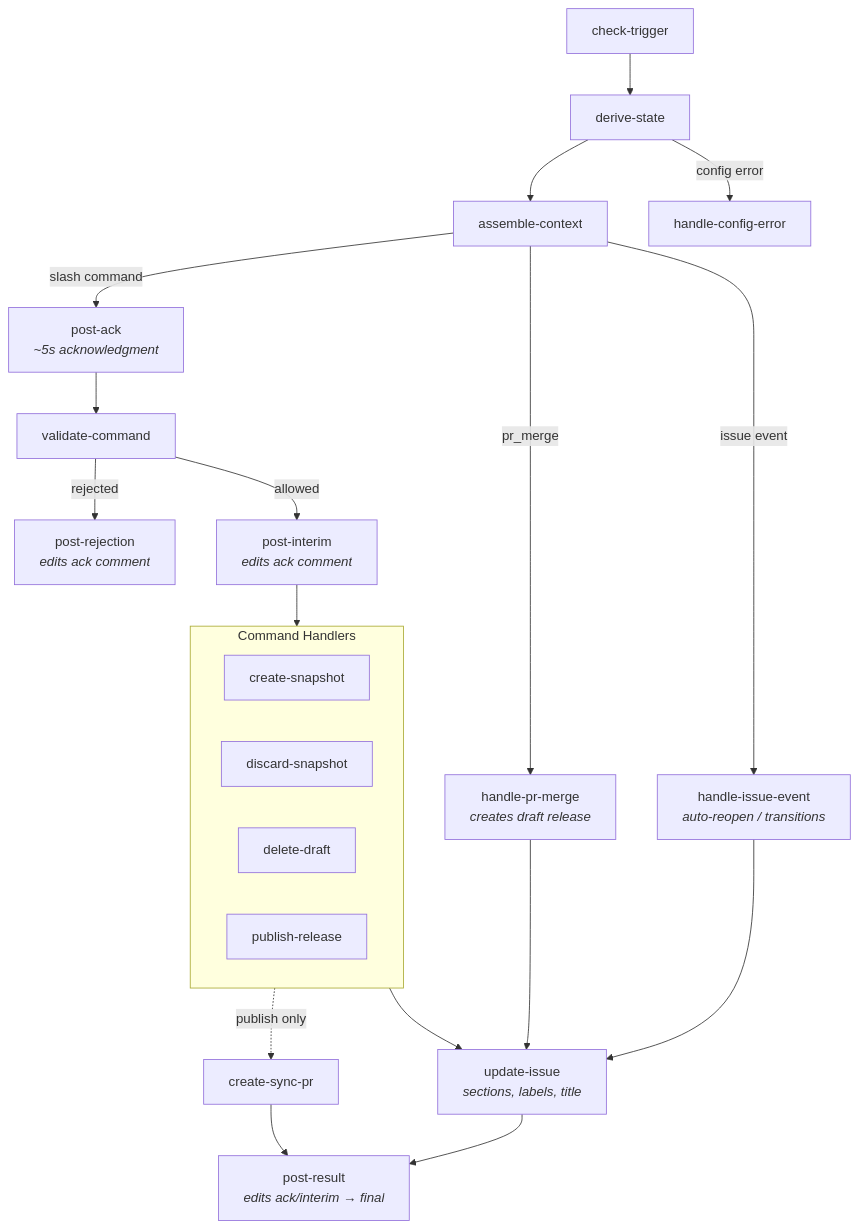
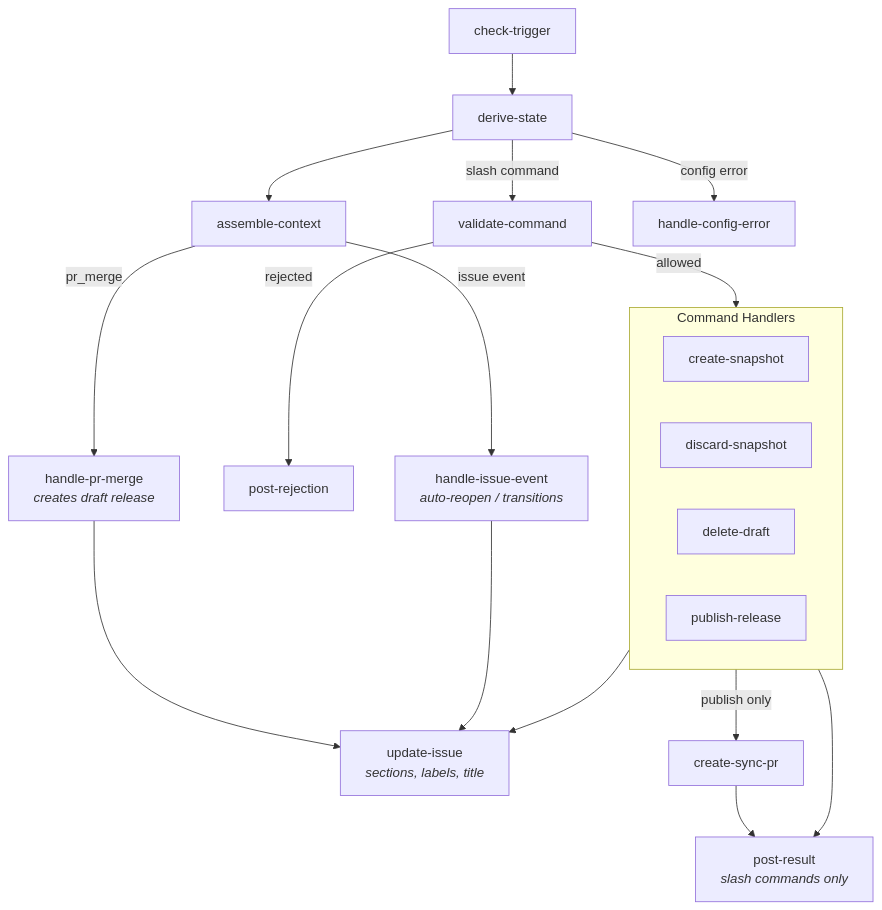
One commit to hdamker/tooling changed the first of 2 diagrams in release_automation/docs/technical-architecture.md. Above: the diagram before and after it, drawn with Mermaid.

Commit message:
Fix job dependency diagram in technical architecture
Correct three structural errors in the Section 3.3 Mermaid flowchart:
- validate-command depends on derive-state, not post-ack
- command handlers gate on validate-command, not post-interim
- post-result is parallel with update-issue, not sequential after it

Feedback jobs (post-ack, post-interim) removed from diagram for
clarity — already documented in the 3-stage feedback table below.

````diff
--- a/release_automation/docs/technical-architecture.md
+++ b/release_automation/docs/technical-architecture.md
@@ -585,31 +585,29 @@
 ```mermaid
 flowchart TD
     CT[check-trigger] --> DS[derive-state]
     DS --> AC[assemble-context]
+    DS -->|slash command| VC[validate-command]
     DS -->|config error| HCE[handle-config-error]
 
-    AC -->|slash command| PA[post-ack<br><i>~5s acknowledgment</i>]
-    PA --> VC[validate-command]
-    VC -->|rejected| REJ[post-rejection<br><i>edits ack comment</i>]
-    VC -->|allowed| PI[post-interim<br><i>edits ack comment</i>]
-    PI --> CMD
+    VC -->|rejected| REJ[post-rejection]
+    VC -->|allowed| CMD
 
     subgraph CMD [Command Handlers]
         direction LR
         CS[create-snapshot]
         DSN[discard-snapshot]
         DD[delete-draft]
         PUB[publish-release]
     end
 
     AC -->|pr_merge| HPM[handle-pr-merge<br><i>creates draft release</i>]
     AC -->|issue event| HIE[handle-issue-event<br><i>auto-reopen / transitions</i>]
 
     CMD --> UI[update-issue<br><i>sections, labels, title</i>]
     HPM --> UI
     HIE --> UI
 
-    UI --> PR2[post-result<br><i>edits ack/interim → final</i>]
-    PUB -.->|publish only| CSP[create-sync-pr]
+    CMD --> PR2[post-result<br><i>slash commands only</i>]
+    PUB -->|publish only| CSP[create-sync-pr]
     CSP --> PR2
 ```
````
